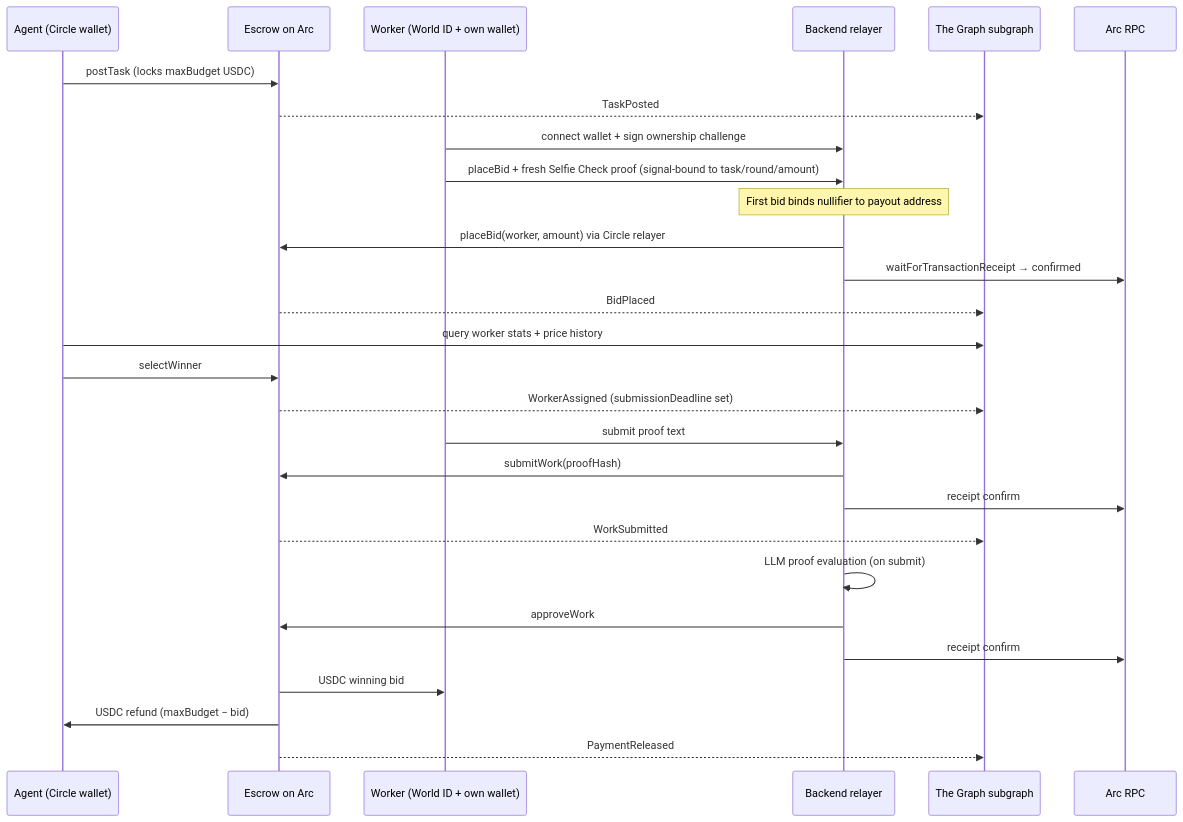
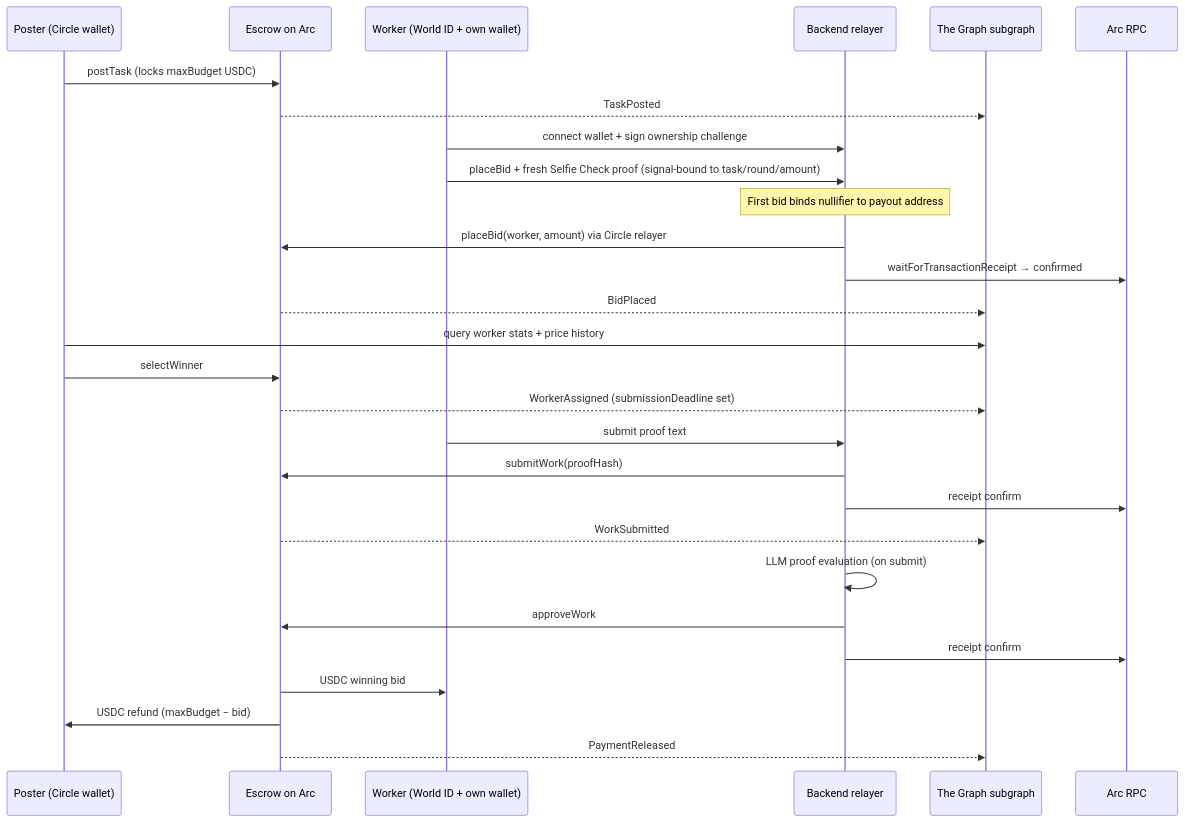
One commit to Anoop072001/levantate-bridge changed the second of 2 diagrams in docs/architecture.md. Above: the diagram before and after it, drawn with Mermaid. The commit also changed other lines of this file and 62 other files, not shown here.

````diff
--- a/docs/architecture.md
+++ b/docs/architecture.md
@@ -70,31 +80,31 @@
 ```mermaid
 sequenceDiagram
-  participant A as Agent (Circle wallet)
+  participant A as Poster (Circle wallet)
   participant E as Escrow on Arc
   participant W as Worker (World ID + own wallet)
   participant B as Backend relayer
   participant G as The Graph subgraph
   participant R as Arc RPC
 
   A->>E: postTask (locks maxBudget USDC)
   E-->>G: TaskPosted
   W->>B: connect wallet + sign ownership challenge
   W->>B: placeBid + fresh Selfie Check proof (signal-bound to task/round/amount)
   Note over B: First bid binds nullifier to payout address
   B->>E: placeBid(worker, amount) via Circle relayer
   B->>R: waitForTransactionReceipt → confirmed
   E-->>G: BidPlaced
   A->>G: query worker stats + price history
   A->>E: selectWinner
   E-->>G: WorkerAssigned (submissionDeadline set)
   W->>B: submit proof text
   B->>E: submitWork(proofHash)
   B->>R: receipt confirm
   E-->>G: WorkSubmitted
   B->>B: LLM proof evaluation (on submit)
   B->>E: approveWork
   B->>R: receipt confirm
   E->>W: USDC winning bid
   E->>A: USDC refund (maxBudget − bid)
   E-->>G: PaymentReleased
 ```
````
